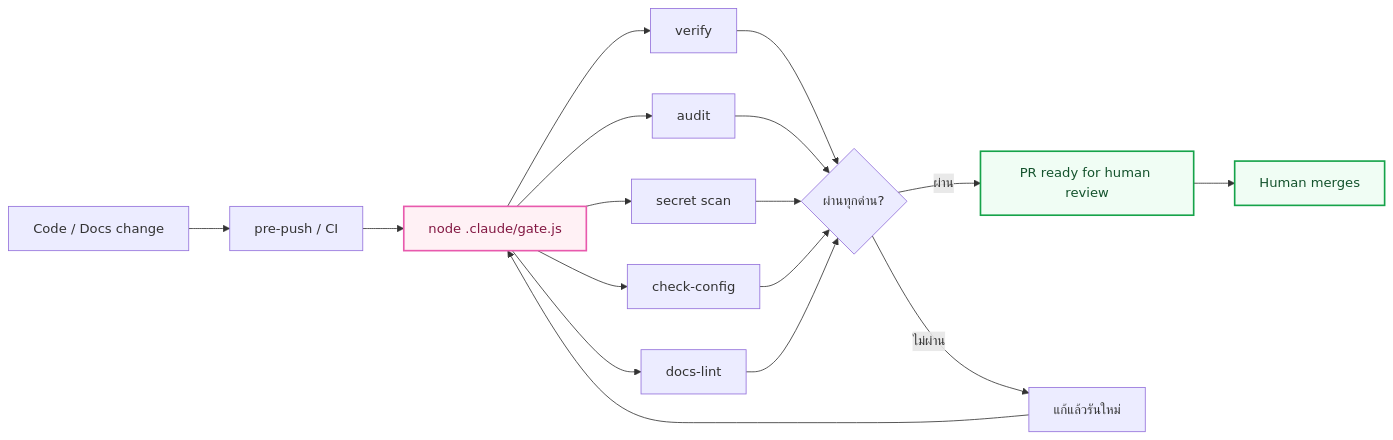
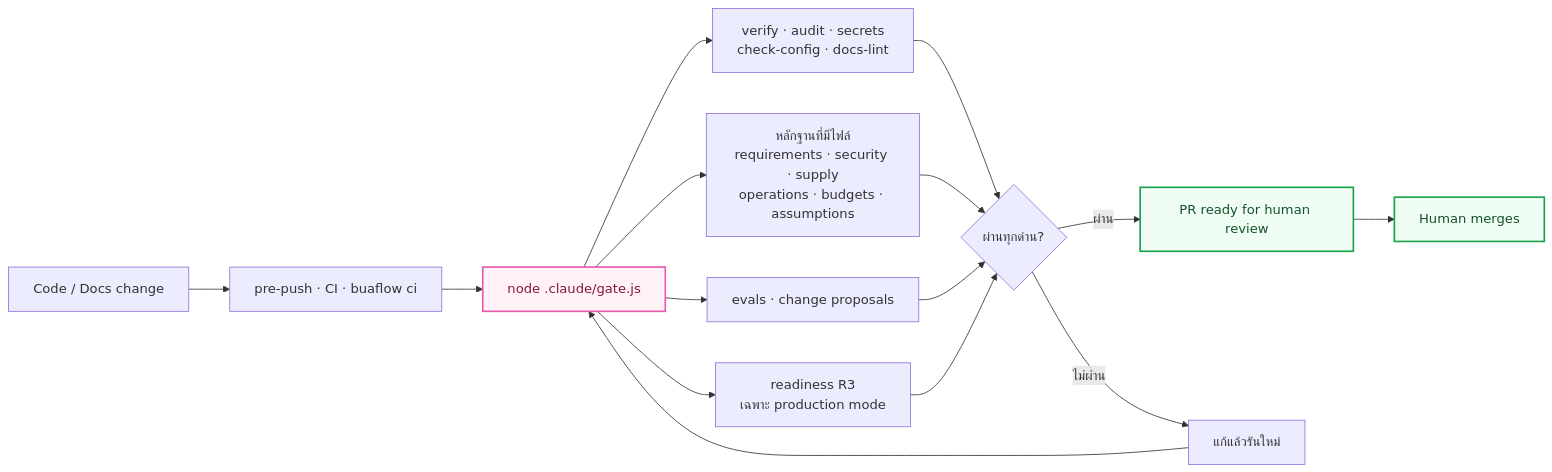
Before and after one commit to Khattiya01/buaflow: the second of 2 diagrams in README.md, drawn with Mermaid. The commit also changed other lines of this file and 4 other files, not shown here.

````diff
--- a/README.md
+++ b/README.md
@@ -221,24 +264,22 @@
 ```mermaid
 flowchart LR
-    CHANGE[Code / Docs change] --> HOOK[pre-push / CI]
+    CHANGE[Code / Docs change] --> HOOK[pre-push · CI · buaflow ci]
     HOOK --> GATE[node .claude/gate.js]
-    GATE --> VERIFY[verify]
-    GATE --> AUDIT[audit]
-    GATE --> SECRET[secret scan]
-    GATE --> CONFIG[check-config]
-    GATE --> DOCS[docs-lint]
-    VERIFY --> RESULT{ผ่านทุกด่าน?}
-    AUDIT --> RESULT
-    SECRET --> RESULT
-    CONFIG --> RESULT
-    DOCS --> RESULT
+    GATE --> CORE[verify · audit · secrets<br/>check-config · docs-lint]
+    GATE --> EVID[หลักฐานที่มีไฟล์<br/>requirements · security · supply<br/>operations · budgets · assumptions]
+    GATE --> EVAL[evals · change proposals]
+    GATE --> READY[readiness R3<br/>เฉพาะ production mode]
+    CORE --> RESULT{ผ่านทุกด่าน?}
+    EVID --> RESULT
+    EVAL --> RESULT
+    READY --> RESULT
     RESULT -->|ผ่าน| PR[PR ready for human review]
     RESULT -->|ไม่ผ่าน| FIX[แก้แล้วรันใหม่]
     FIX --> GATE
     PR --> HUMAN[Human merges]
 
     classDef gate fill:#fff1f5,stroke:#e85aad,color:#831843,stroke-width:2px;
     classDef pass fill:#f0fdf4,stroke:#16a34a,color:#14532d,stroke-width:2px;
     class GATE gate;
     class PR,HUMAN pass;
 ```
````
